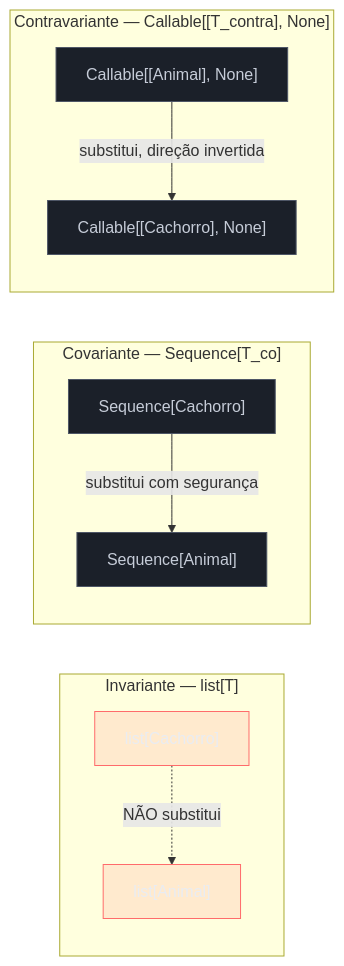
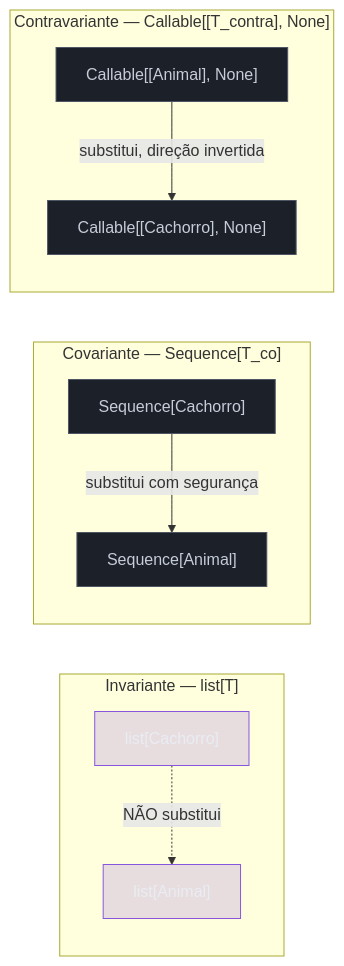
One commit to josenaldo/codex-technomanticus changed the fourth of 4 diagrams in 03-Dominios/Tecnologia/Python/Tipagem moderna/07 - Typing avançado — overload, Self, ParamSpec.md. Above: the diagram before and after it, drawn with Mermaid. The commit also changed other lines of this file and 601 other files, not shown here.

````diff
--- a/03-Dominios/Tecnologia/Python/Tipagem moderna/07 - Typing avançado — overload, Self, ParamSpec.md
+++ b/03-Dominios/Tecnologia/Python/Tipagem moderna/07 - Typing avançado — overload, Self, ParamSpec.md
@@ -336,24 +336,24 @@
 ```mermaid
 flowchart LR
-    classDef falha fill:#FF6B6B24,stroke:#FF6B6B,color:#E9ECF2
+    classDef marca fill:#8855DF33,stroke:#8855DF,color:#E9ECF2
     classDef neutro fill:#1B2029,stroke:#4E5666,color:#C6CCD8
     subgraph Invariante["Invariante — list[T]"]
         direction TB
         I1["list[Cachorro]"] -.->|"NÃO substitui"| I2["list[Animal]"]
     end
     subgraph Covariante["Covariante — Sequence[T_co]"]
         direction TB
         C1["Sequence[Cachorro]"] -->|"substitui com segurança"| C2["Sequence[Animal]"]
     end
     subgraph Contravariante["Contravariante — Callable[[T_contra], None]"]
         direction TB
         V1["Callable[[Animal], None]"] -->|"substitui, direção invertida"| V2["Callable[[Cachorro], None]"]
     end
 
-    class I1 falha
-    class I2 falha
+    class I1 marca
+    class I2 marca
     class C1 neutro
     class C2 neutro
     class V1 neutro
     class V2 neutro
 ```
````
